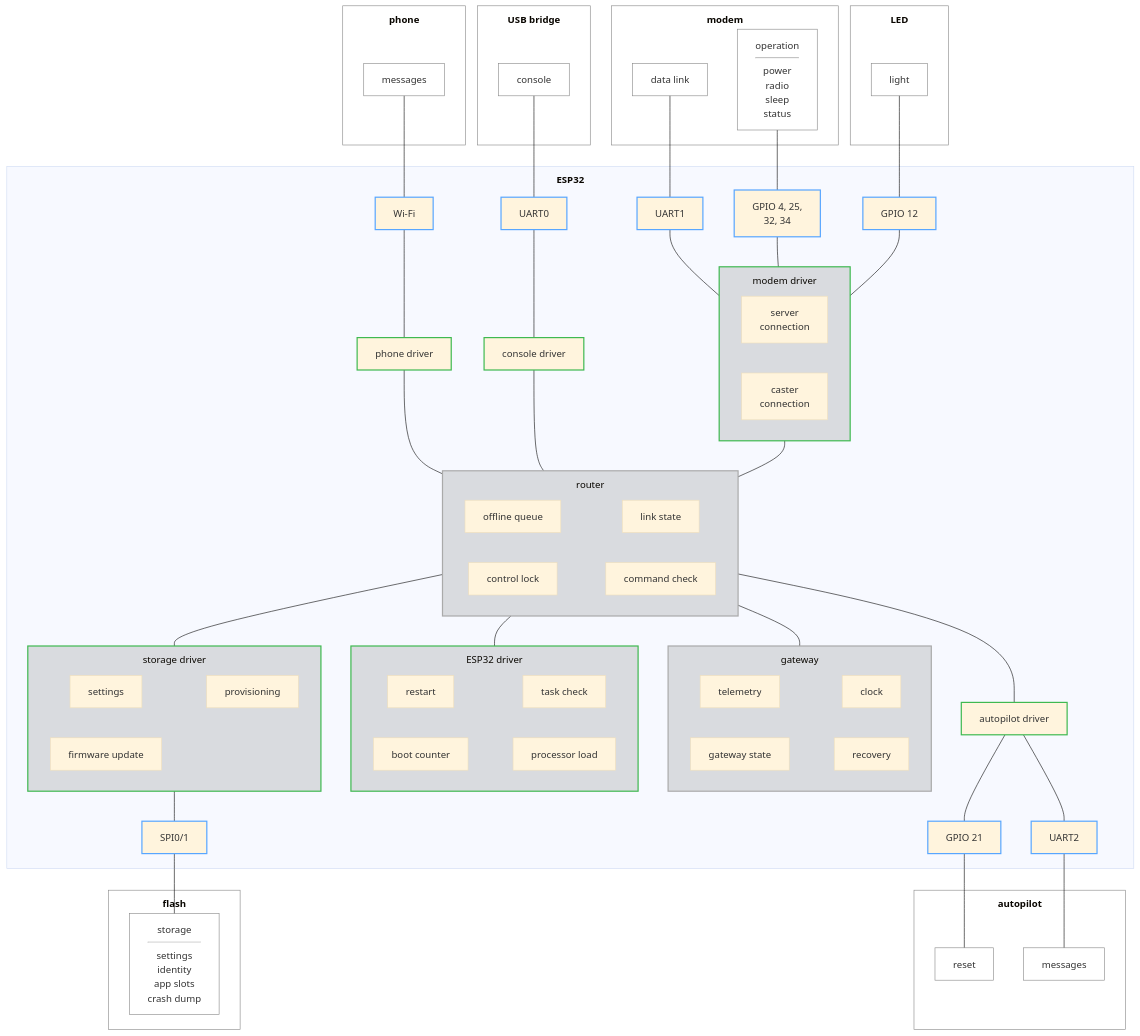
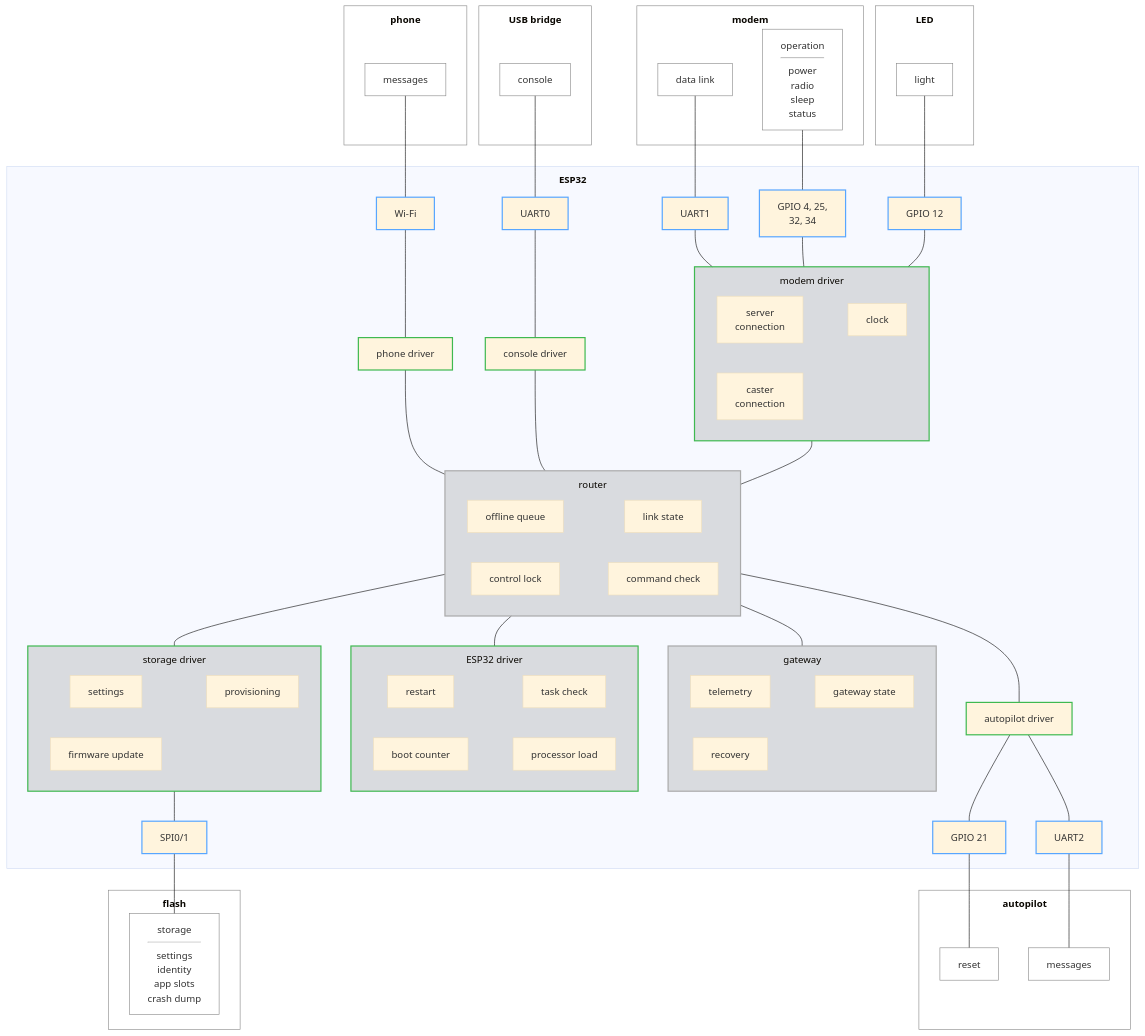
One commit to rmx-lt/rmx-mower-gateway changed the diagram in .esp-architecture/diagrams/block-draft.md. Above: the diagram before and after it, drawn with Mermaid (base theme).

Commit message:
Draft: clock inside the modem driver

````diff
--- a/.esp-architecture/diagrams/block-draft.md
+++ b/.esp-architecture/diagrams/block-draft.md
@@ -34,6 +34,10 @@
     subgraph conn["modem driver"]
       mqtt["server<br/>connection"]
       cast["caster<br/>connection"]
+      clk["clock"]
+      p4[" "]
+      mqtt ~~~ clk
+      cast ~~~ p4
     end
     phd["phone driver"]
     con["console driver"]
@@ -48,10 +52,10 @@
     subgraph gw["gateway"]
       tel["telemetry"]
       state["gateway state"]
-      clk["clock"]
       rec["recovery"]
-      tel ~~~ clk
-      state ~~~ rec
+      p5[" "]
+      tel ~~~ state
+      rec ~~~ p5
     end
     subgraph esp["ESP32 driver"]
       rst["restart"]
@@ -104,7 +108,7 @@
   classDef ownerdriver fill:#8884,stroke:#3fb950,stroke-width:2px
   class conn,fs,esp ownerdriver
   classDef pad fill:none,stroke:none
-  class p2 pad
+  class p2,p4,p5 pad
   classDef device fill:none,stroke:#888
   class modem,mdata,mctl,led,lparts,ap,amsg,areset,ph,pparts,usb,uparts,fl,fparts device
 ```
````
